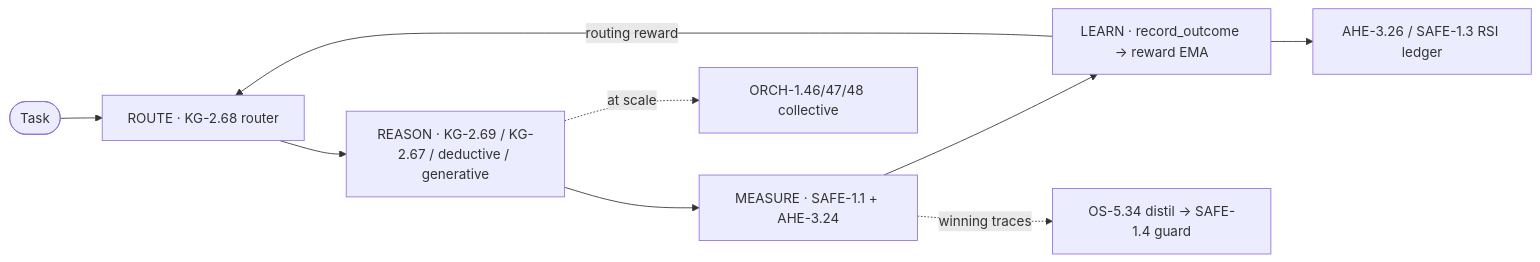
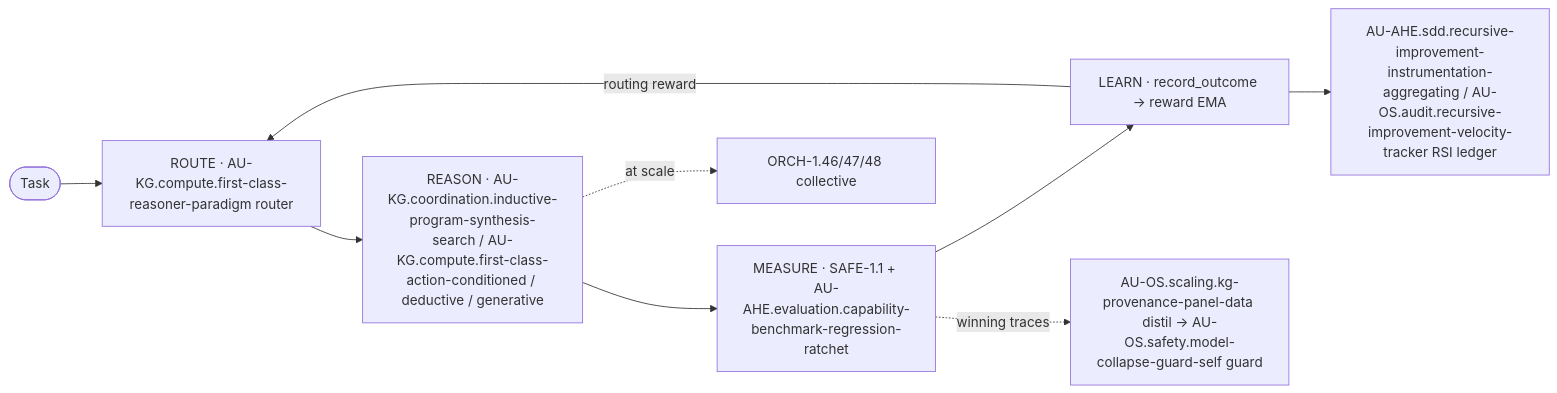
One commit to Knuckles-Team/agent-utilities changed the fifth of 13 diagrams in docs/pillars/architecture_c4.md. Above: the diagram before and after it, drawn with Mermaid. The commit also changed other lines of this file and 2324 other files, not shown here.

````diff
--- a/docs/pillars/architecture_c4.md
+++ b/docs/pillars/architecture_c4.md
@@ -255,11 +255,11 @@
 ```mermaid
 flowchart LR
-    task([Task]) --> ROUTE["ROUTE · KG-2.68 router"]
-    ROUTE --> REASON["REASON · KG-2.69 / KG-2.67 / deductive / generative"]
-    REASON --> MEASURE["MEASURE · SAFE-1.1 + AHE-3.24"]
+    task([Task]) --> ROUTE["ROUTE · AU-KG.compute.first-class-reasoner-paradigm router"]
+    ROUTE --> REASON["REASON · AU-KG.coordination.inductive-program-synthesis-search / AU-KG.compute.first-class-action-conditioned / deductive / generative"]
+    REASON --> MEASURE["MEASURE · SAFE-1.1 + AU-AHE.evaluation.capability-benchmark-regression-ratchet"]
     MEASURE --> LEARN["LEARN · record_outcome → reward EMA"]
     LEARN -- routing reward --> ROUTE
-    LEARN --> LEDGER["AHE-3.26 / SAFE-1.3 RSI ledger"]
-    MEASURE -. winning traces .-> DISTIL["OS-5.34 distil → SAFE-1.4 guard"]
+    LEARN --> LEDGER["AU-AHE.sdd.recursive-improvement-instrumentation-aggregating / AU-OS.audit.recursive-improvement-velocity-tracker RSI ledger"]
+    MEASURE -. winning traces .-> DISTIL["AU-OS.scaling.kg-provenance-panel-data distil → AU-OS.safety.model-collapse-guard-self guard"]
     REASON -. at scale .-> MARKET["ORCH-1.46/47/48 collective"]
 ```
````
